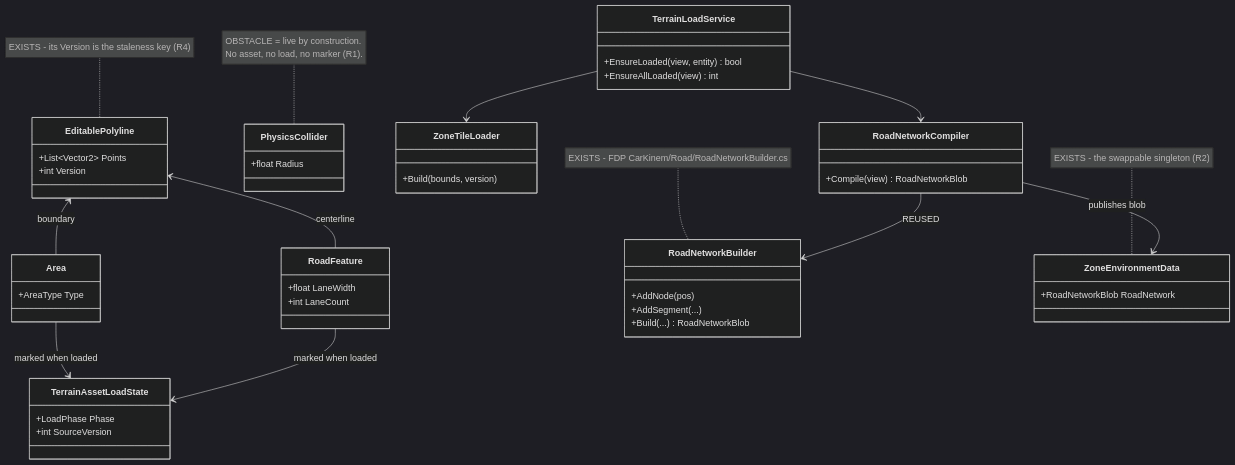
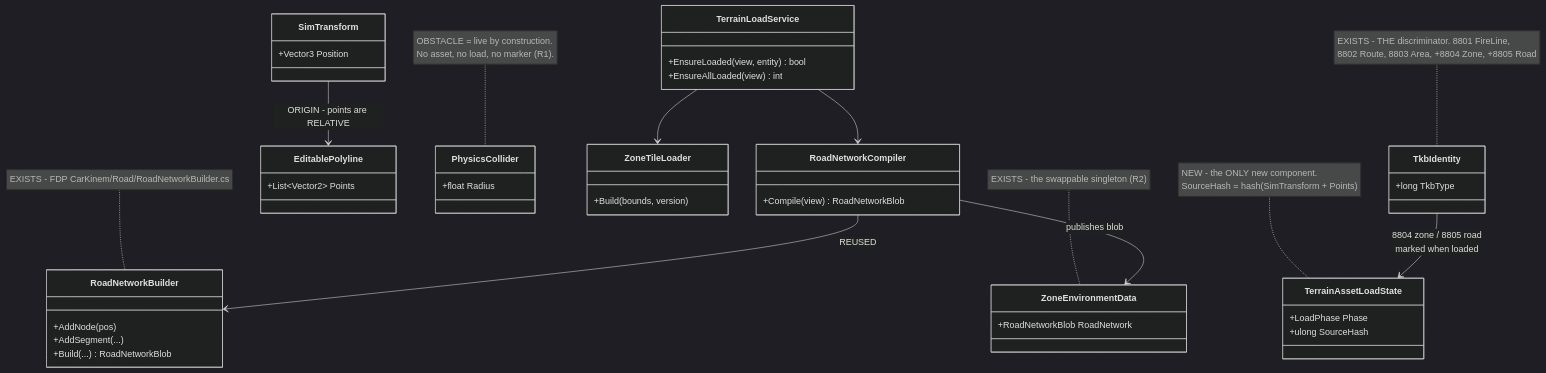
The first of 4 diagrams in docs/DESIGN_Terrain_Zones_And_Assets.md (pjanec/HROT), drawn with Mermaid (dark theme) before and after one commit. The commit also changed other lines of this file and 1 other file, not shown here.

````diff
--- a/docs/DESIGN_Terrain_Zones_And_Assets.md
+++ b/docs/DESIGN_Terrain_Zones_And_Assets.md
@@ -56,51 +56,48 @@
 ```mermaid
 classDiagram
+  class TkbIdentity {
+    +long TkbType
+  }
+  class SimTransform {
+    +Vector3 Position
+  }
   class EditablePolyline {
     +List~Vector2~ Points
-    +int Version
-  }
-  class Area {
-    +AreaType Type
-  }
-  class RoadFeature {
-    +float LaneWidth
-    +int LaneCount
   }
   class TerrainAssetLoadState {
     +LoadPhase Phase
-    +int SourceVersion
+    +ulong SourceHash
   }
   class PhysicsCollider {
     +float Radius
   }
   class TerrainLoadService {
     +EnsureLoaded(view, entity) bool
     +EnsureAllLoaded(view) int
   }
   class ZoneTileLoader {
     +Build(bounds, version)
   }
   class RoadNetworkCompiler {
     +Compile(view) RoadNetworkBlob
   }
   class RoadNetworkBuilder {
     +AddNode(pos)
     +AddSegment(...)
     +Build(...) RoadNetworkBlob
   }
   class ZoneEnvironmentData {
     +RoadNetworkBlob RoadNetwork
   }
-  EditablePolyline <-- Area : boundary
-  EditablePolyline <-- RoadFeature : centerline
-  Area --> TerrainAssetLoadState : marked when loaded
-  RoadFeature --> TerrainAssetLoadState : marked when loaded
+  TkbIdentity --> TerrainAssetLoadState : 8804 zone / 8805 road<br/>marked when loaded
+  SimTransform --> EditablePolyline : ORIGIN - points are RELATIVE
   TerrainLoadService --> ZoneTileLoader
   TerrainLoadService --> RoadNetworkCompiler
   RoadNetworkCompiler --> RoadNetworkBuilder : REUSED
   RoadNetworkCompiler --> ZoneEnvironmentData : publishes blob
   note for PhysicsCollider "OBSTACLE = live by construction.<br/>No asset, no load, no marker (R1)."
   note for RoadNetworkBuilder "EXISTS - FDP CarKinem/Road/RoadNetworkBuilder.cs"
-  note for EditablePolyline "EXISTS - its Version is the staleness key (R4)"
+  note for TkbIdentity "EXISTS - THE discriminator. 8801 FireLine,<br/>8802 Route, 8803 Area, +8804 Zone, +8805 Road"
+  note for TerrainAssetLoadState "NEW - the ONLY new component.<br/>SourceHash = hash(SimTransform + Points)"
   note for ZoneEnvironmentData "EXISTS - the swappable singleton (R2)"
 ```
````
